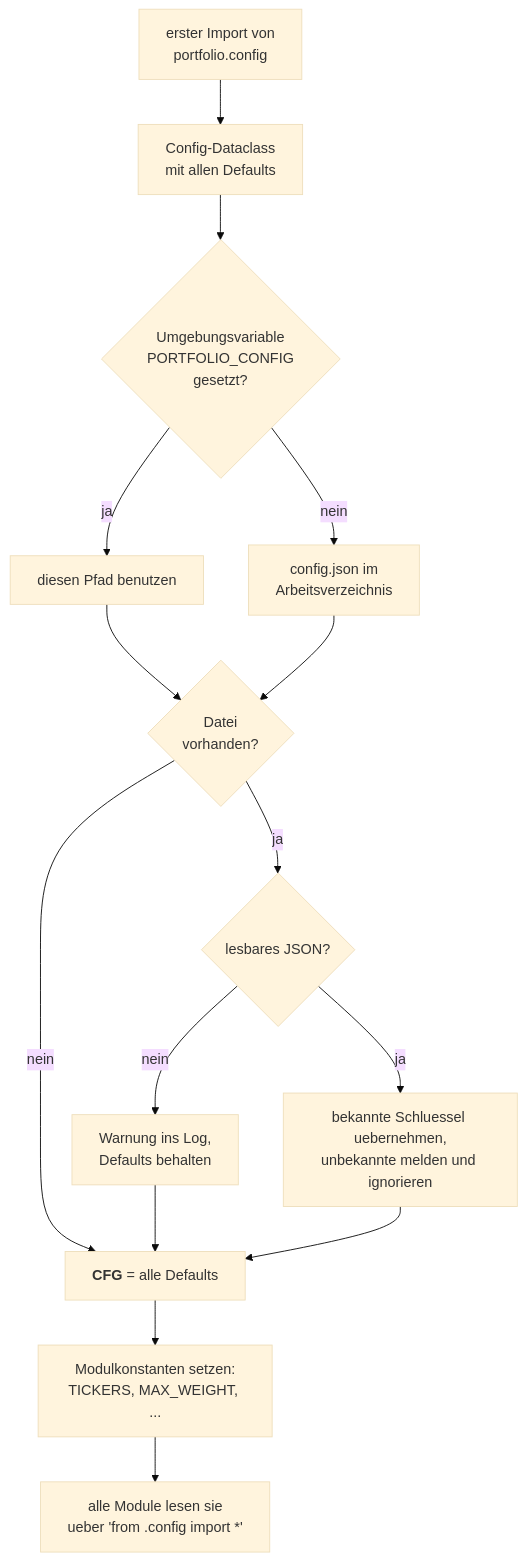
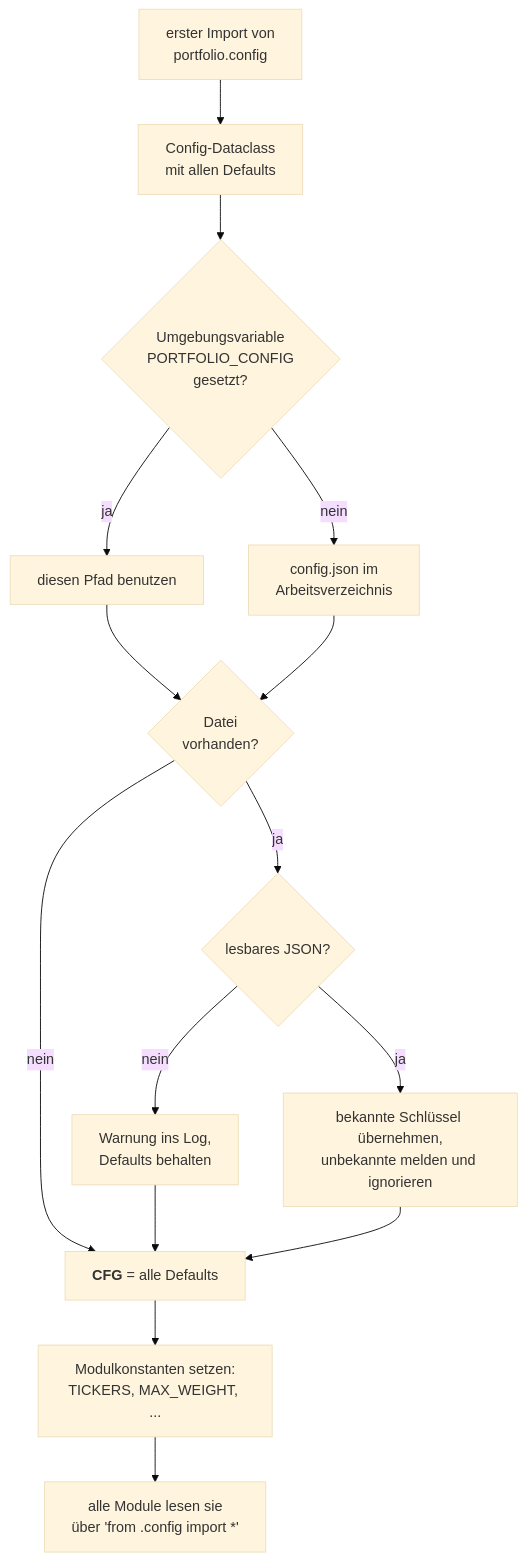
One commit to MaxZoelfl/wseminar-portfolio-optimierung changed diagram 12 of 13 in Handbook.md. Above: the diagram before and after it, drawn with Mermaid (base theme). The commit also changed other lines of this file and 39 other files, not shown here.

````diff
--- a/Handbook.md
+++ b/Handbook.md
@@ -768,16 +768,16 @@
 ```mermaid
 flowchart TD
     IMP["erster Import von<br/>portfolio.config"] --> DEF["Config-Dataclass<br/>mit allen Defaults"]
     DEF --> ENV{"Umgebungsvariable<br/>PORTFOLIO_CONFIG<br/>gesetzt?"}
     ENV -- ja --> PATH1["diesen Pfad benutzen"]
     ENV -- nein --> PATH2["config.json im<br/>Arbeitsverzeichnis"]
     PATH1 --> EX{"Datei<br/>vorhanden?"}
     PATH2 --> EX
     EX -- nein --> CFGF["<b>CFG</b> = alle Defaults"]
     EX -- ja --> LOAD{"lesbares JSON?"}
     LOAD -- nein --> WARN["Warnung ins Log,<br/>Defaults behalten"] --> CFGF
-    LOAD -- ja --> APPLY["bekannte Schluessel uebernehmen,<br/>unbekannte melden und ignorieren"]
+    LOAD -- ja --> APPLY["bekannte Schlüssel übernehmen,<br/>unbekannte melden und ignorieren"]
     APPLY --> CFGF
     CFGF --> CONST["Modulkonstanten setzen:<br/>TICKERS, MAX_WEIGHT, ..."]
-    CONST --> ALL["alle Module lesen sie<br/>ueber 'from .config import *'"]
+    CONST --> ALL["alle Module lesen sie<br/>über 'from .config import *'"]
 ```
````
